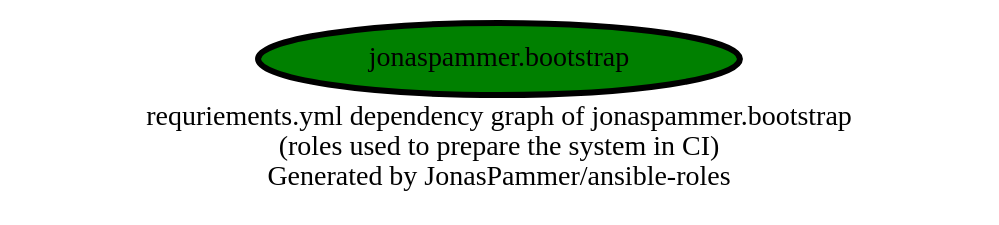
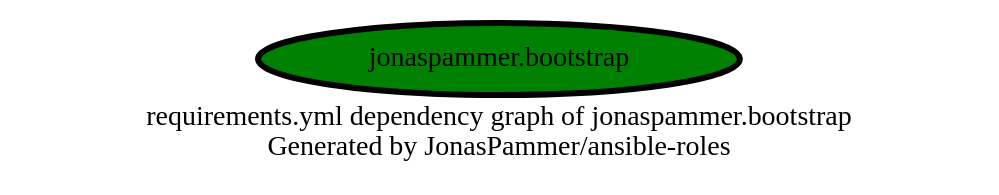
One commit to JonasPammer/ansible-roles changed the diagram in graphs/dependencies_bootstrap.dot. Above: the diagram before and after it, drawn with Graphviz. The commit also changed 12 other files, not shown here.

```diff
--- a/graphs/dependencies_bootstrap.dot
+++ b/graphs/dependencies_bootstrap.dot
@@ -1,10 +1,10 @@
 digraph hierarchy {
-  label = "requriements.yml dependency graph of jonaspammer.bootstrap \n (roles used to prepare the system in CI) \n Generated by JonasPammer/ansible-roles" ;
+  label = "requirements.yml dependency graph of jonaspammer.bootstrap \n Generated by JonasPammer/ansible-roles" ;
   overlap=false
 
   {
     "jonaspammer.bootstrap" [fillcolor=green style=filled penwidth=3]
   }
 
 
 }
```
